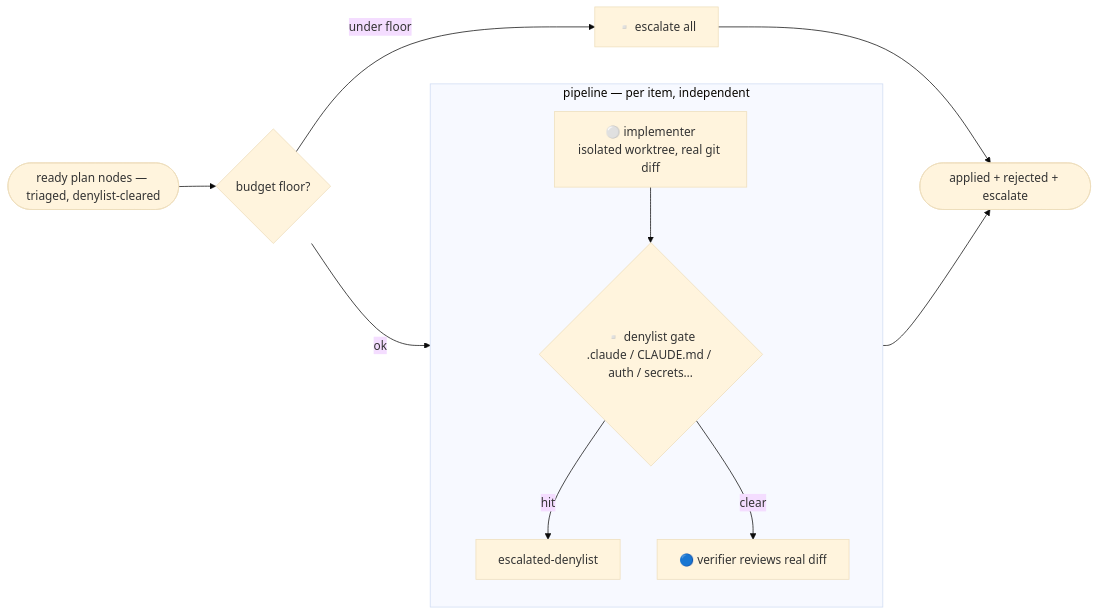
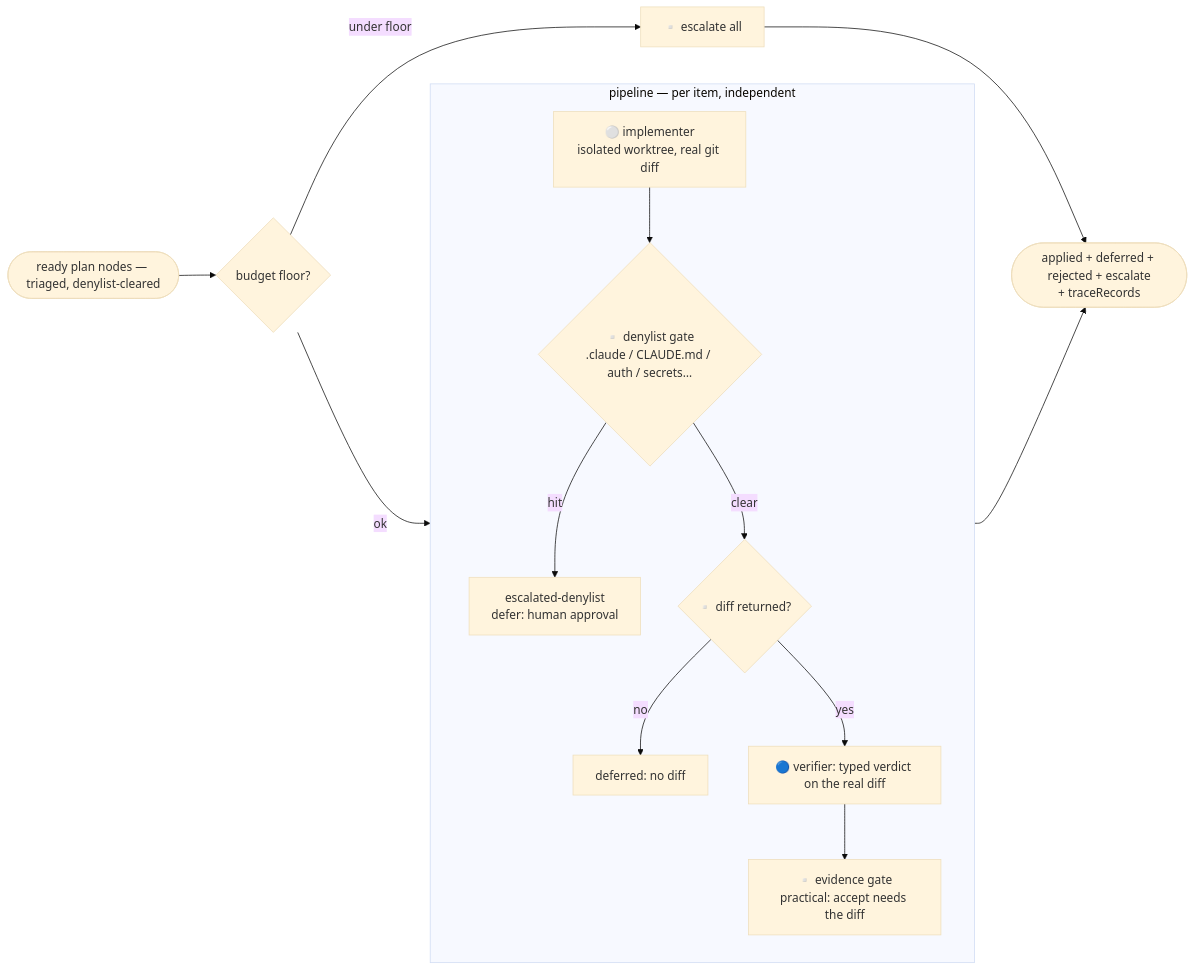
Before and after one commit to dominno/loop-setup: the sixth of 7 diagrams in docs/workflow-graphs.md, drawn with Mermaid (base theme). The commit also changed other lines of this file and 48 other files, not shown here.

First line of the commit message:
Adopt TRACE-lite: typed verdicts, record discipline, consumers, bench

````diff
--- a/docs/workflow-graphs.md
+++ b/docs/workflow-graphs.md
@@ -122,13 +132,16 @@
 ```mermaid
 flowchart LR
   items([ready plan nodes — triaged, denylist-cleared]) --> budget{budget floor?}
   budget -- "under floor" --> esc0[▫️ escalate all]
   budget -- ok --> P
   subgraph P["pipeline — per item, independent"]
     impl[⚪ implementer<br/>isolated worktree, real git diff] --> dl{▫️ denylist gate<br/>.claude / CLAUDE.md / auth / secrets…}
-    dl -- hit --> escd[escalated-denylist]
-    dl -- clear --> ver[🔵 verifier reviews real diff]
+    dl -- hit --> escd[escalated-denylist<br/>defer: human approval]
+    dl -- clear --> nd{▫️ diff returned?}
+    nd -- no --> dfr[deferred: no diff]
+    nd -- yes --> ver[🔵 verifier: typed verdict on the real diff]
+    ver --> eg[▫️ evidence gate<br/>practical: accept needs the diff]
   end
-  P --> out([applied + rejected + escalate])
+  P --> out([applied + deferred + rejected + escalate<br/>+ traceRecords])
   esc0 --> out
 ```
````
